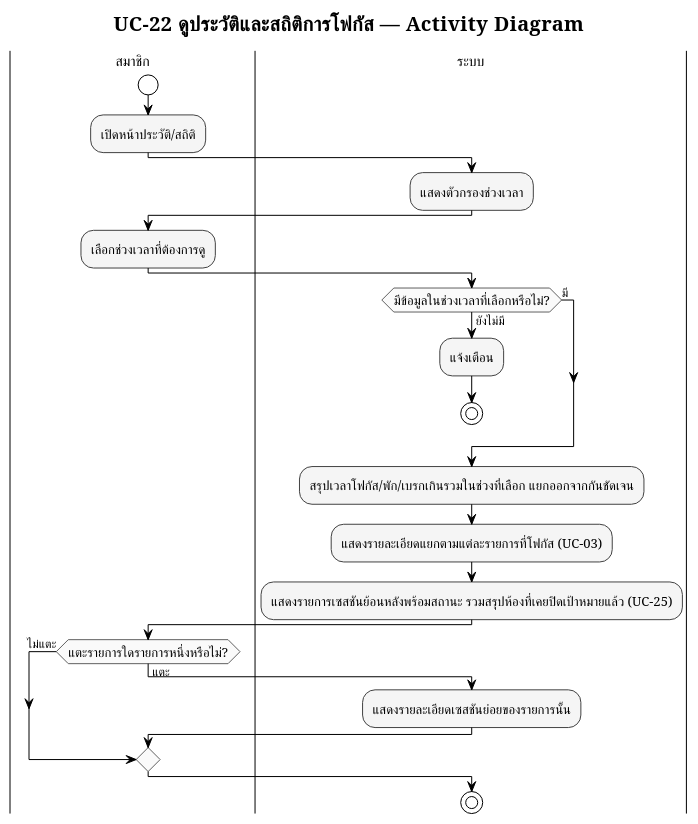
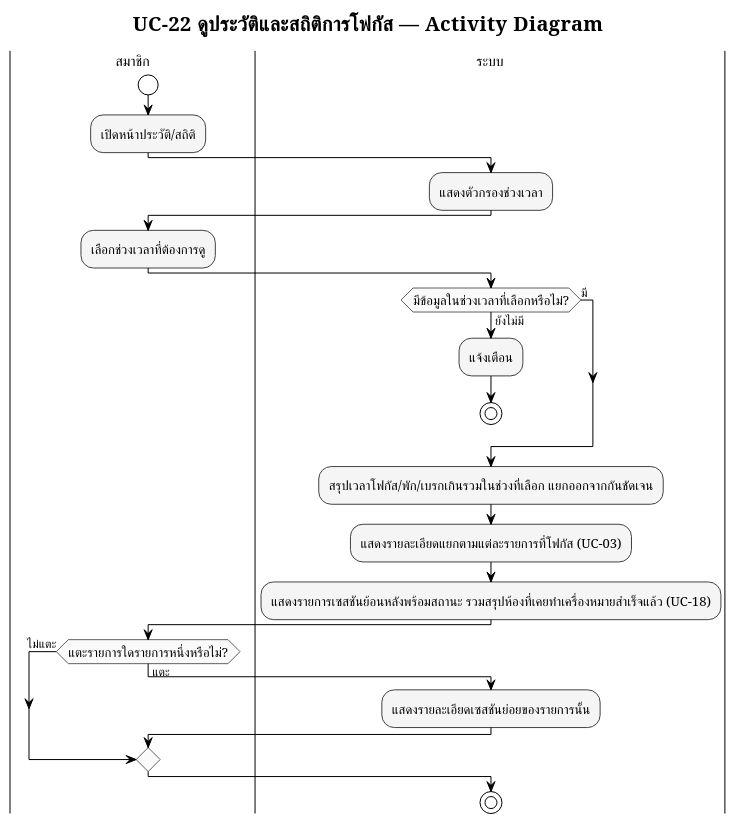
One commit to popotaroman-cloud/dssiprj-pad changed the diagram in proposal/usecase/activity_module6_uc22.puml. Above: the diagram before and after it, drawn with PlantUML. The commit also changed 23 other files, not shown here.

Commit message:
แก้ usecase_description,usecase_activity,usecase_diagram,usecase_description,ui_state_diadgram

```diff
--- a/proposal/usecase/activity_module6_uc22.puml
+++ b/proposal/usecase/activity_module6_uc22.puml
@@ -1,56 +1,56 @@
 @startuml M6_activity_ดูประวัติและสถิติการโฟกัส
 !pragma layout smetana
 skinparam defaultFontName "TH Sarabun New"
 skinparam defaultFontSize 14
 
 !theme plain
 skinparam titleFontName "TH Sarabun New"
 skinparam titleFontSize 20
 skinparam noteFontName "TH Sarabun New"
 skinparam ArrowFontName "TH Sarabun New"
 skinparam ArrowFontSize 12
 skinparam swimlaneTitleFontName "TH Sarabun New"
 skinparam swimlaneTitleFontSize 14
 
 skinparam activity {
   BackgroundColor #F5F5F5
   BorderColor #424242
   FontName "TH Sarabun New"
   FontSize 13
   DiamondBackgroundColor #FAFAFA
   DiamondBorderColor #616161
 }
 
 title UC-22 ดูประวัติและสถิติการโฟกัส — Activity Diagram
 
 |สมาชิก|
 start
 :เปิดหน้าประวัติ/สถิติ;
 
 |ระบบ|
 :แสดงตัวกรองช่วงเวลา;
 
 |สมาชิก|
 :เลือกช่วงเวลาที่ต้องการดู;
 
 |ระบบ|
 if (มีข้อมูลในช่วงเวลาที่เลือกหรือไม่?) then (ยังไม่มี)
   :แจ้งเตือน;
   stop
 else (มี)
 endif
 
 :สรุปเวลาโฟกัส/พัก/เบรกเกินรวมในช่วงที่เลือก แยกออกจากกันชัดเจน;
 :แสดงรายละเอียดแยกตามแต่ละรายการที่โฟกัส (UC-03);
-:แสดงรายการเซสชันย้อนหลังพร้อมสถานะ รวมสรุปห้องที่เคยปิดเป้าหมายแล้ว (UC-25);
+:แสดงรายการเซสชันย้อนหลังพร้อมสถานะ รวมสรุปห้องที่เคยทำเครื่องหมายสำเร็จแล้ว (UC-18);
 
 |สมาชิก|
 if (แตะรายการใดรายการหนึ่งหรือไม่?) then (แตะ)
   |ระบบ|
   :แสดงรายละเอียดเซสชันย่อยของรายการนั้น;
 else (ไม่แตะ)
 endif
 
 stop
 
 @enduml
```
